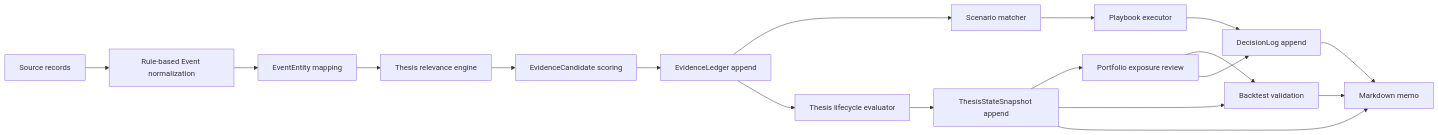
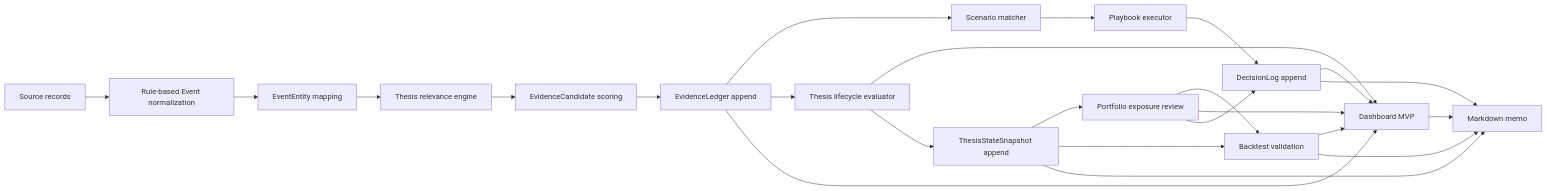
Before and after one commit to Hyuneey/project_stock: the diagram in docs/architecture.md, drawn with Mermaid. The commit also changed other lines of this file and 9 other files, not shown here.

Commit message:
Add dashboard MVP

````diff
--- a/docs/architecture.md
+++ b/docs/architecture.md
@@ -10,20 +10,26 @@
 ```mermaid
 flowchart LR
   A["Source records"] --> B["Rule-based Event normalization"]
   B --> C["EventEntity mapping"]
   C --> D["Thesis relevance engine"]
   D --> E["EvidenceCandidate scoring"]
   E --> F["EvidenceLedger append"]
   F --> G["Scenario matcher"]
   F --> H["Thesis lifecycle evaluator"]
   J --> M["Portfolio exposure review"]
   J --> N["Backtest validation"]
   M --> N
+  O["Dashboard MVP"] --> L
+  K --> O
+  F --> O
+  H --> O
+  M --> O
+  N --> O
   G --> I["Playbook executor"]
   H --> J["ThesisStateSnapshot append"]
   I --> K["DecisionLog append"]
   M --> K
   N --> L
   J --> L["Markdown memo"]
   K --> L
 ```
````
